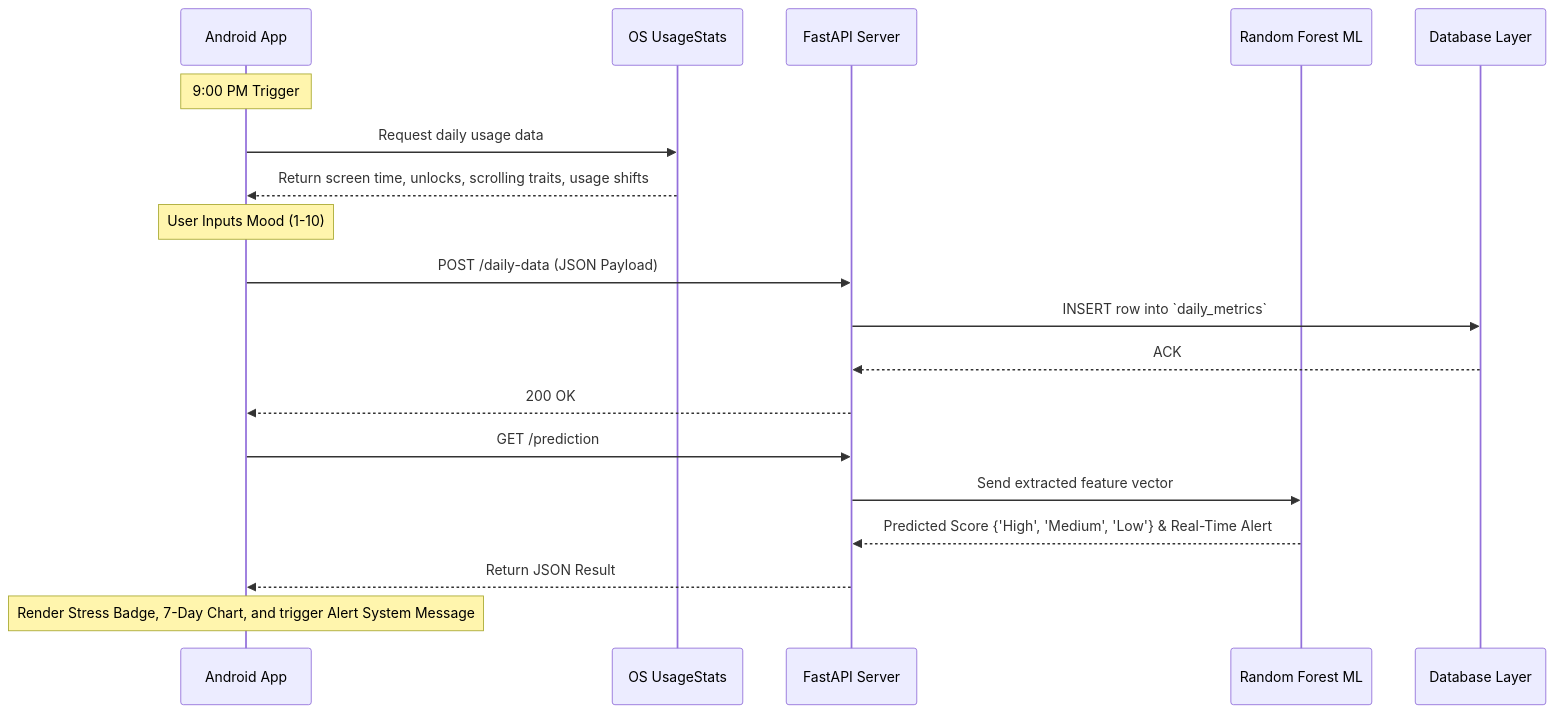
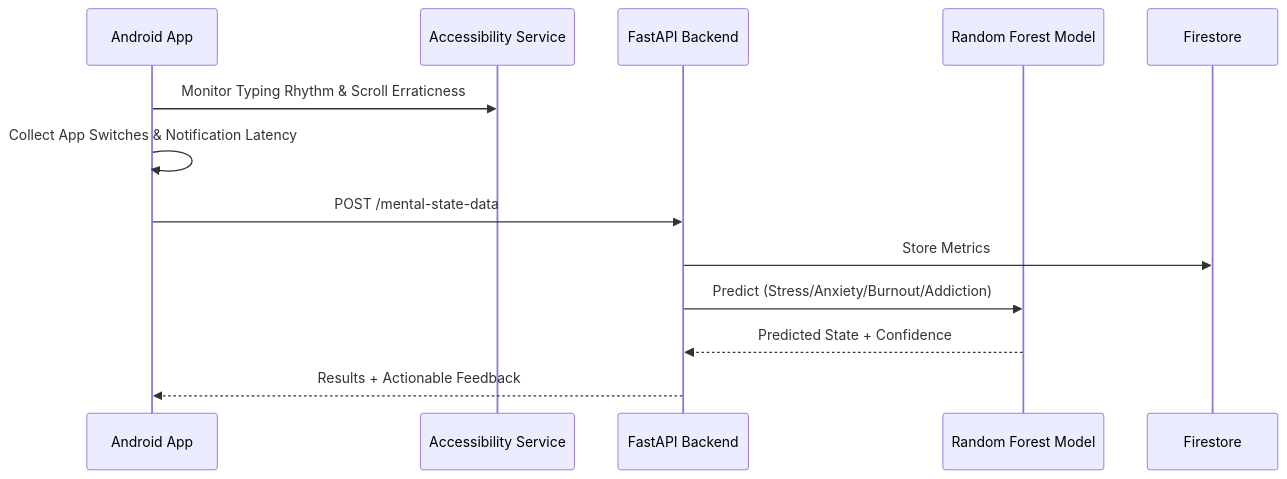
The diagram in MyApplication/docs/ARCHITECTURE.md (Ayesha-Ali676/MindFlow), drawn with Mermaid before and after one commit. The commit also changed other lines of this file and 9 other files, not shown here.

````diff
--- a/MyApplication/docs/ARCHITECTURE.md
+++ b/MyApplication/docs/ARCHITECTURE.md
@@ -33,25 +6,16 @@
 ```mermaid
 sequenceDiagram
-    participant Android App
-    participant OS UsageStats
-    participant FastAPI Server
-    participant Random Forest ML
-    participant Database Layer
+    participant App as Android App
+    participant Acc as Accessibility Service
+    participant API as FastAPI Backend
+    participant RF as Random Forest Model
+    participant DB as Firestore
     
-    Note over Android App: 9:00 PM Trigger
-    Android App->>OS UsageStats: Request daily usage data
-    OS UsageStats-->>Android App: Return screen time, unlocks, scrolling traits, usage shifts
-    Note over Android App: User Inputs Mood (1-10)
-    
-    Android App->>FastAPI Server: POST /daily-data (JSON Payload)
-    FastAPI Server->>Database Layer: INSERT row into `daily_metrics`
-    Database Layer-->>FastAPI Server: ACK
-    FastAPI Server-->>Android App: 200 OK
-    
-    Android App->>FastAPI Server: GET /prediction
-    FastAPI Server->>Random Forest ML: Send extracted feature vector
-    Random Forest ML-->>FastAPI Server: Predicted Score {'High', 'Medium', 'Low'} & Real-Time Alert
-    FastAPI Server-->>Android App: Return JSON Result
-    
-    Note over Android App: Render Stress Badge, 7-Day Chart, and trigger Alert System Message
+    App->>Acc: Monitor Typing Rhythm & Scroll Erraticness
+    App->>App: Collect App Switches & Notification Latency
+    App->>API: POST /mental-state-data
+    API->>DB: Store Metrics
+    API->>RF: Predict (Stress/Anxiety/Burnout/Addiction)
+    RF-->>API: Predicted State + Confidence
+    API-->>App: Results + Actionable Feedback
 ```
````
